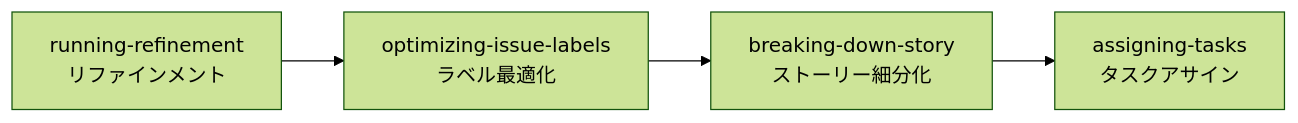
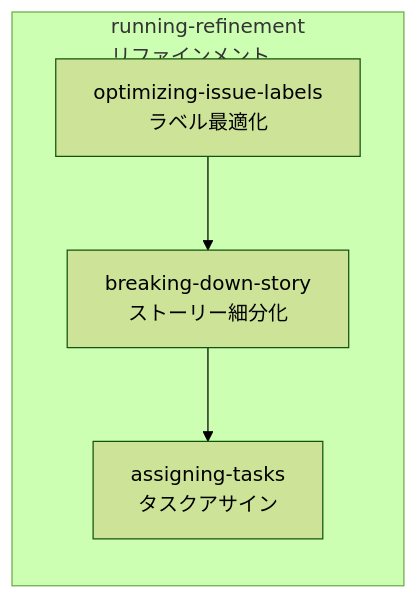
Before and after one commit to canpok1/maze-runner: the third of 4 diagrams in docs/skill-workflow.md, drawn with Mermaid (forest theme).

Commit message:
リファインメントフロー図にサブグラフを適用
ワークフローAのrunning-devと同様に、running-refinementも
サブグラフで表現して一貫性を持たせた。

https://claude.ai/code/session_01Q33ArmgkToPqd5MkWYTM9o

````diff
--- a/docs/skill-workflow.md
+++ b/docs/skill-workflow.md
@@ -148,6 +148,7 @@
 ```mermaid
 graph LR
-    A[running-refinement<br/>リファインメント] --> B[optimizing-issue-labels<br/>ラベル最適化]
-    B --> C[breaking-down-story<br/>ストーリー細分化]
-    C --> D[assigning-tasks<br/>タスクアサイン]
+    subgraph "running-refinement<br/>リファインメント"
+        A[optimizing-issue-labels<br/>ラベル最適化] --> B[breaking-down-story<br/>ストーリー細分化]
+        B --> C[assigning-tasks<br/>タスクアサイン]
+    end
 ```
````
